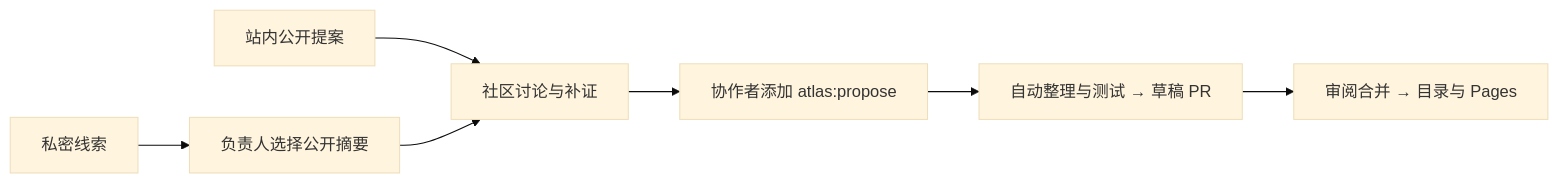
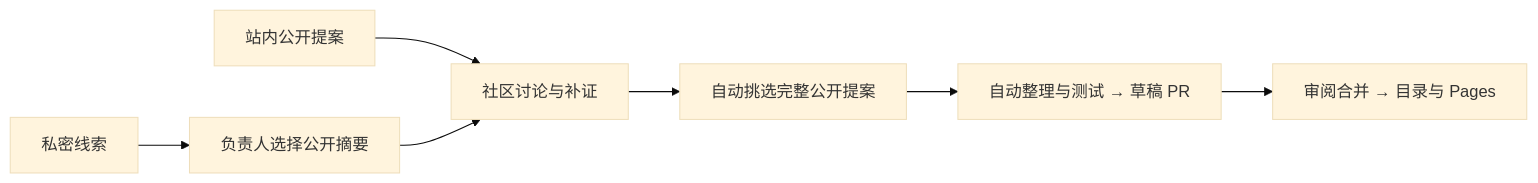
One commit to utopiazzr/safety-atlas changed the diagram in README.md. Above: the diagram before and after it, drawn with Mermaid (base theme). The commit also changed other lines of this file and 15 other files, not shown here.

````diff
--- a/README.md
+++ b/README.md
@@ -58,9 +58,9 @@
 ```mermaid
 flowchart LR
     A[站内公开提案] --> B[社区讨论与补证]
     P[私密线索] --> Q[负责人选择公开摘要]
     Q --> B
-    B --> C[协作者添加 atlas:propose]
+    B --> C[自动挑选完整公开提案]
     C --> D[自动整理与测试 → 草稿 PR]
     D --> E[审阅合并 → 目录与 Pages]
 ```
````
